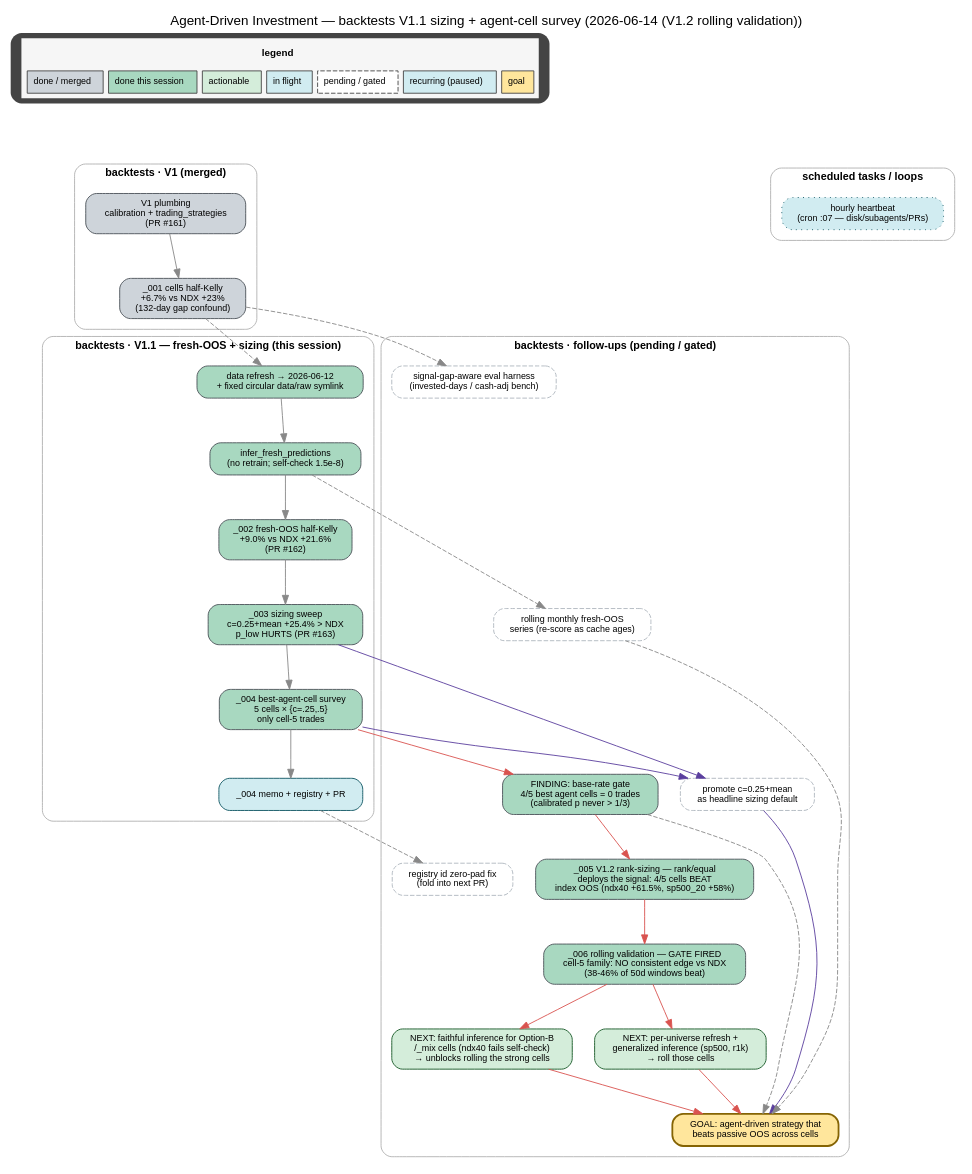
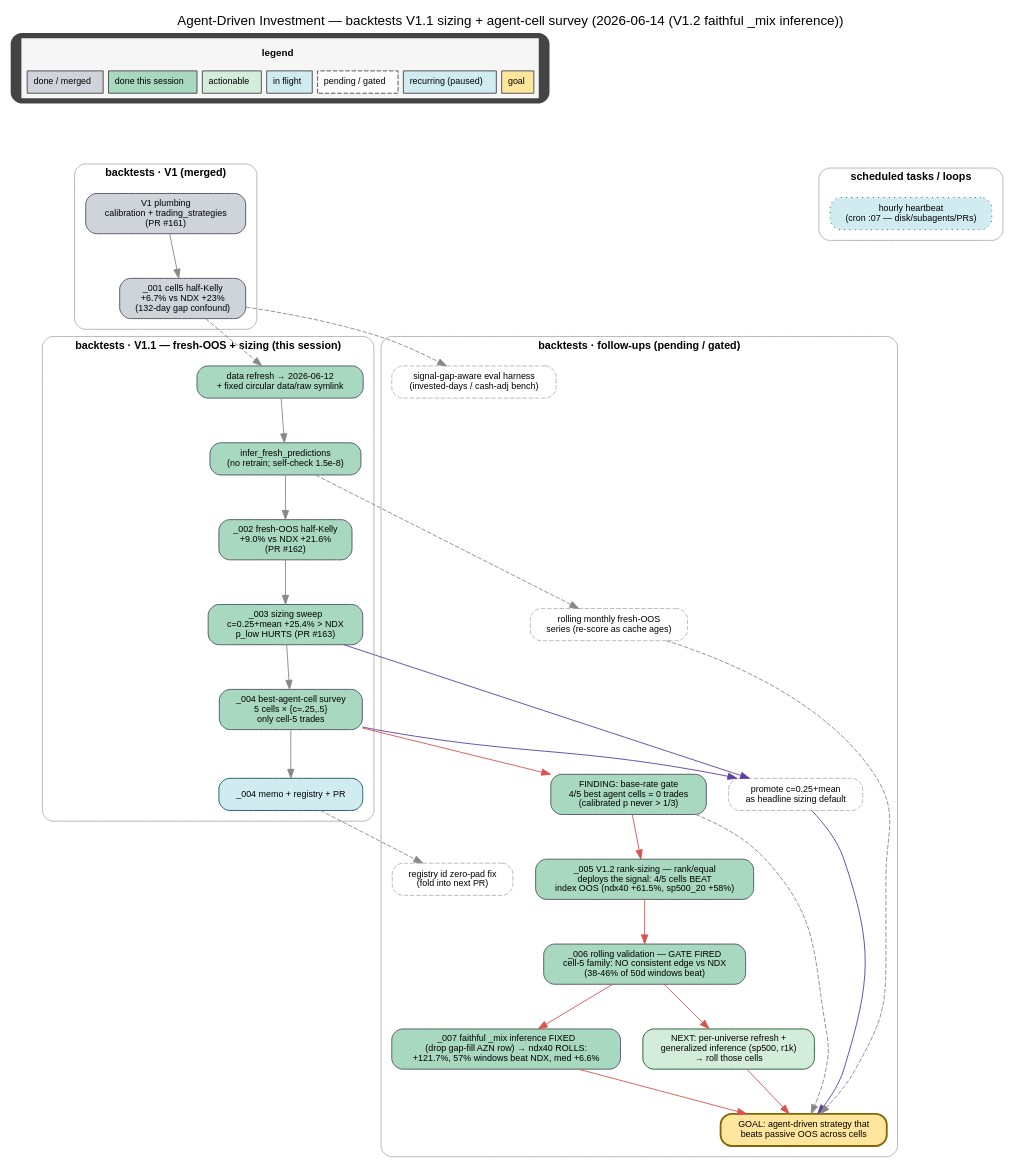
Before and after one commit to shayanrc/agent-driven-investment: the diagram in docs/backtests/figs/deps_graph.dot, drawn with Graphviz. The commit also changed 10 other files, not shown here.

```diff
--- a/docs/backtests/figs/deps_graph.dot
+++ b/docs/backtests/figs/deps_graph.dot
@@ -1,96 +1,96 @@
 digraph deps {
   rankdir=TB;
   newrank=true;
   graph [fontname="Helvetica", bgcolor="white", splines=true, nodesep=0.35, ranksep=0.7,
          labelloc="t", fontsize=15,
-         label="Agent-Driven Investment — backtests V1.1 sizing + agent-cell survey (2026-06-14 (V1.2 rolling validation))"];
+         label="Agent-Driven Investment — backtests V1.1 sizing + agent-cell survey (2026-06-14 (V1.2 faithful _mix inference))"];
   node [shape=box, style="rounded,filled", fontname="Helvetica", fontsize=10, margin="0.16,0.09", color="#444444"];
   edge [fontname="Helvetica", fontsize=8, color="#888888"];
 
   /* ---------- legend ---------- */
   legend [shape=plaintext, label=<
     <TABLE BORDER="0" CELLBORDER="1" CELLSPACING="6" CELLPADDING="6" BGCOLOR="#f6f6f6">
       <TR><TD COLSPAN="7" BORDER="0"><FONT FACE="Helvetica" POINT-SIZE="11"><B>legend</B></FONT></TD></TR>
       <TR>
         <TD BGCOLOR="#ced4da"><FONT FACE="Helvetica" POINT-SIZE="10">done / merged</FONT></TD>
         <TD BGCOLOR="#a8d8c0"><FONT FACE="Helvetica" POINT-SIZE="10">done this session</FONT></TD>
         <TD BGCOLOR="#d4edda"><FONT FACE="Helvetica" POINT-SIZE="10">actionable</FONT></TD>
         <TD BGCOLOR="#d1ecf1"><FONT FACE="Helvetica" POINT-SIZE="10">in flight</FONT></TD>
         <TD BGCOLOR="#ffffff" STYLE="dashed"><FONT FACE="Helvetica" POINT-SIZE="10">pending / gated</FONT></TD>
         <TD BGCOLOR="#d1ecf1"><FONT FACE="Helvetica" POINT-SIZE="10">recurring (paused)</FONT></TD>
         <TD BGCOLOR="#ffe69c"><FONT FACE="Helvetica" POINT-SIZE="10">goal</FONT></TD>
       </TR>
     </TABLE>
   >];
   spacer_L [shape=point, width=0.01, style=invis];
   spacer_C [shape=point, width=0.01, style=invis];
   spacer_R [shape=point, width=0.01, style=invis];
   {rank=min;  legend;}
   {rank=same; spacer_L; spacer_C; spacer_R;}
   legend -> spacer_L [style=invis, weight=1];
   legend -> spacer_C [style=invis, weight=100];
   legend -> spacer_R [style=invis, weight=1];
 
   /* ---------- cluster: V1 (merged) ---------- */
   subgraph cluster_v1 { label="backtests · V1 (merged)"; labelloc="t"; fontsize=12; fontname="Helvetica-Bold"; style="rounded"; color="#b0b0b0"; margin=12;
     PLUMBING [label="V1 plumbing\ncalibration + trading_strategies\n(PR #161)", fillcolor="#ced4da", color="#495057"];
     M001 [label="_001 cell5 half-Kelly\n+6.7% vs NDX +23%\n(132-day gap confound)", fillcolor="#ced4da", color="#495057"];
   }
 
   /* ---------- cluster: V1.1 this session ---------- */
   subgraph cluster_session { label="backtests · V1.1 — fresh-OOS + sizing (this session)"; labelloc="t"; fontsize=12; fontname="Helvetica-Bold"; style="rounded"; color="#b0b0b0"; margin=12;
     REFRESH [label="data refresh → 2026-06-12\n+ fixed circular data/raw symlink", fillcolor="#a8d8c0", color="#495057"];
     INFER [label="infer_fresh_predictions\n(no retrain; self-check 1.5e-8)", fillcolor="#a8d8c0", color="#495057"];
     M002 [label="_002 fresh-OOS half-Kelly\n+9.0% vs NDX +21.6%\n(PR #162)", fillcolor="#a8d8c0", color="#495057"];
     M003 [label="_003 sizing sweep\nc=0.25+mean +25.4% > NDX\np_low HURTS (PR #163)", fillcolor="#a8d8c0", color="#495057"];
     M004 [label="_004 best-agent-cell survey\n5 cells × {c=.25,.5}\nonly cell-5 trades", fillcolor="#a8d8c0", color="#495057"];
     M004DOC [label="_004 memo + registry + PR", fillcolor="#d1ecf1", color="#0c5460"];
   }
 
   /* ---------- cluster: follow-ups (pending) ---------- */
   subgraph cluster_follow { label="backtests · follow-ups (pending / gated)"; labelloc="t"; fontsize=12; fontname="Helvetica-Bold"; style="rounded"; color="#b0b0b0"; margin=12;
     PROMOTE [label="promote c=0.25+mean\nas headline sizing default", fillcolor="#ffffff", color="#adb5bd", style="rounded,filled,dashed"];
     BREAKEVEN [label="FINDING: base-rate gate\n4/5 best agent cells = 0 trades\n(calibrated p never > 1/3)", fillcolor="#a8d8c0", color="#495057"];
     RANKSIZE [label="_005 V1.2 rank-sizing — rank/equal\ndeploys the signal: 4/5 cells BEAT\nindex OOS (ndx40 +61.5%, sp500_20 +58%)", fillcolor="#a8d8c0", color="#495057"];
     ROLLVAL [label="_006 rolling validation — GATE FIRED\ncell-5 family: NO consistent edge vs NDX\n(38-46% of 50d windows beat)", fillcolor="#a8d8c0", color="#495057"];
-    FAITHFUL [label="NEXT: faithful inference for Option-B\n/_mix cells (ndx40 fails self-check)\n→ unblocks rolling the strong cells", fillcolor="#d4edda", color="#155724"];
+    FAITHFUL [label="_007 faithful _mix inference FIXED\n(drop gap-fill AZN row) → ndx40 ROLLS:\n+121.7%, 57% windows beat NDX, med +6.6%", fillcolor="#a8d8c0", color="#495057"];
     UNIREFRESH [label="NEXT: per-universe refresh +\ngeneralized inference (sp500, r1k)\n→ roll those cells", fillcolor="#d4edda", color="#155724"];
     ROLLING [label="rolling monthly fresh-OOS\nseries (re-score as cache ages)", fillcolor="#ffffff", color="#adb5bd", style="rounded,filled,dashed"];
     GAPEVAL [label="signal-gap-aware eval harness\n(invested-days / cash-adj bench)", fillcolor="#ffffff", color="#adb5bd", style="rounded,filled,dashed"];
     IDFIX [label="registry id zero-pad fix\n(fold into next PR)", fillcolor="#ffffff", color="#adb5bd", style="rounded,filled,dashed"];
     GOAL [label="GOAL: agent-driven strategy that\nbeats passive OOS across cells", fillcolor="#ffe69c", color="#856404", penwidth=2];
   }
 
   /* ---------- cluster: scheduled ---------- */
   subgraph cluster_sched { label="scheduled tasks / loops"; labelloc="t"; fontsize=12; fontname="Helvetica-Bold"; style="rounded"; color="#b0b0b0"; margin=12;
     WAKE [label="hourly heartbeat\n(cron :07 — disk/subagents/PRs)", fillcolor="#d1ecf1", color="#0c5460", style="rounded,filled,dotted"];
   }
 
   /* anchors: every cluster top node pulled from a spacer */
   spacer_L -> PLUMBING [style=invis, weight=100];
   spacer_C -> REFRESH  [style=invis, weight=100];
   spacer_R -> PROMOTE  [style=invis, weight=100];
   spacer_R -> WAKE     [style=invis, weight=20];
 
   /* ---------- dependency edges ---------- */
   PLUMBING -> M001;
   M001 -> REFRESH [style=dashed];
   REFRESH -> INFER -> M002 -> M003;
   M003 -> M004;
   M004 -> M004DOC;
   M003 -> PROMOTE [color="#5a3e9e"];
   M004 -> PROMOTE [color="#5a3e9e"];
   M004 -> BREAKEVEN [color="#d9534f"];
   BREAKEVEN -> RANKSIZE [color="#d9534f"];
   RANKSIZE -> ROLLVAL [color="#d9534f"];
   ROLLVAL -> FAITHFUL [color="#d9534f"];
   ROLLVAL -> UNIREFRESH [color="#d9534f"];
   FAITHFUL -> GOAL [color="#d9534f"];
   UNIREFRESH -> GOAL [color="#d9534f"];
   INFER -> ROLLING [style=dashed];
   M001 -> GAPEVAL [style=dashed];
   M004DOC -> IDFIX [style=dashed];
   PROMOTE -> GOAL [color="#5a3e9e"];
   ROLLING -> GOAL [style=dashed];
   BREAKEVEN -> GOAL [style=dashed];
 }
```
